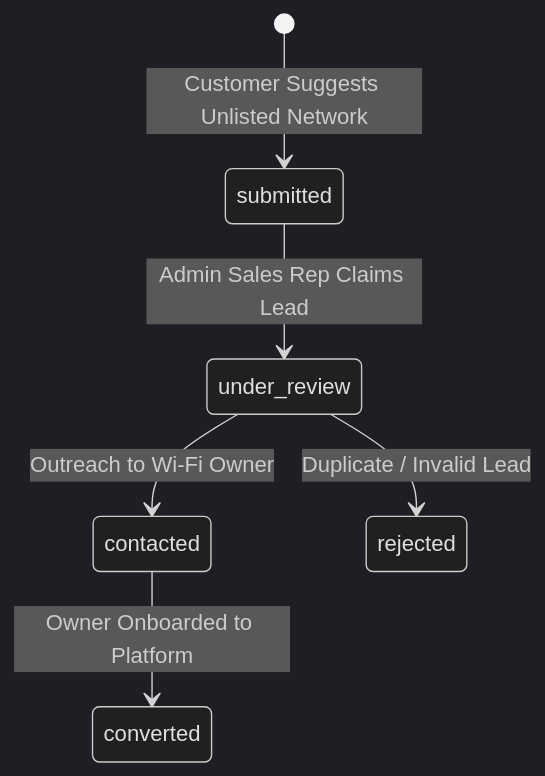
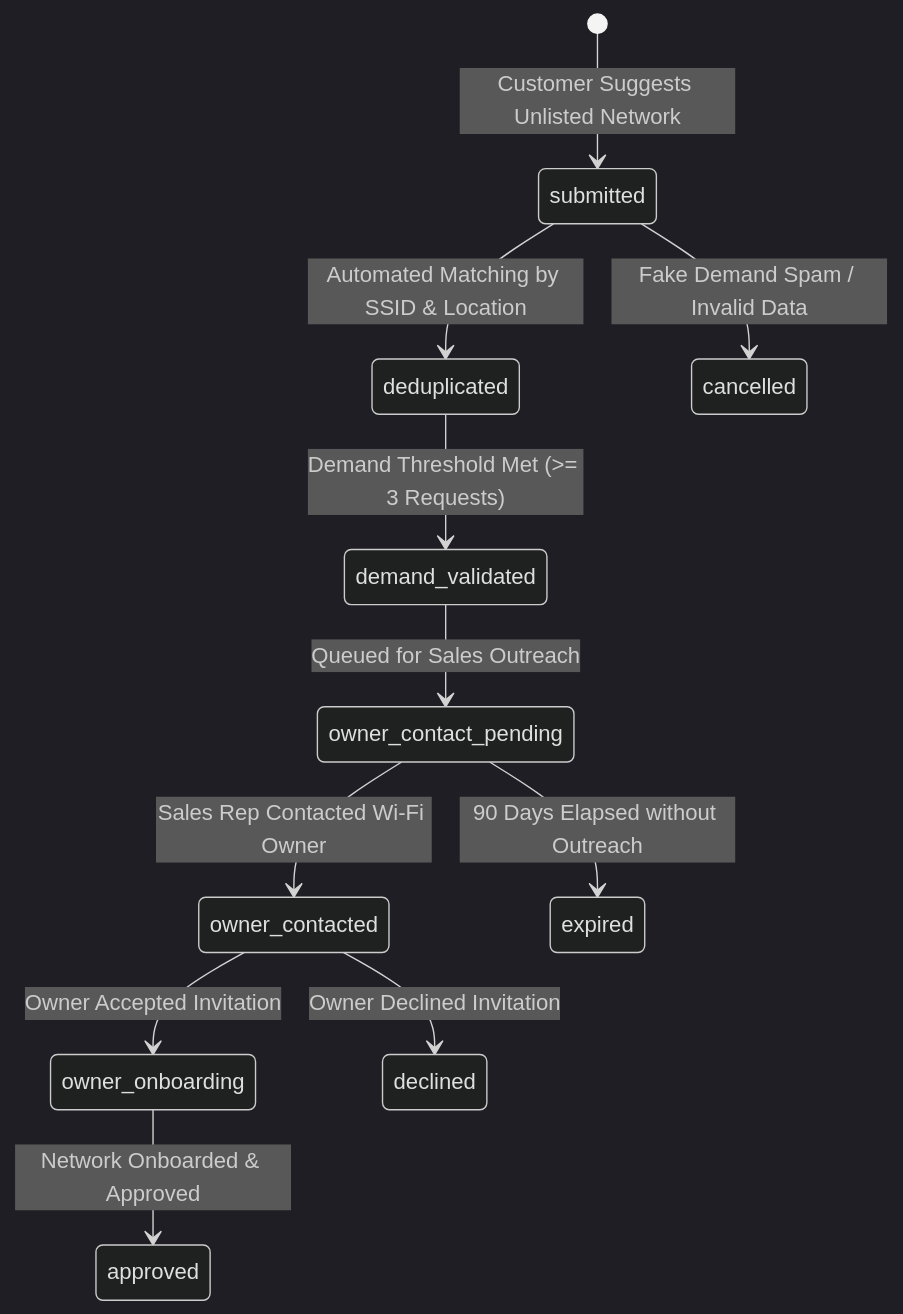
The diagram in docs/NETYEMEN-WORKFLOW-STATE-MACHINES-01.md (msorori-mh/NetYemen), drawn with Mermaid (dark theme) before and after one commit. The commit also changed other lines of this file and 9 other files, not shown here.

````diff
--- a/docs/NETYEMEN-WORKFLOW-STATE-MACHINES-01.md
+++ b/docs/NETYEMEN-WORKFLOW-STATE-MACHINES-01.md
@@ -121,8 +272,13 @@
 ```mermaid
 stateDiagram-v2
     [*] --> submitted : Customer Suggests Unlisted Network
-    submitted --> under_review : Admin Sales Rep Claims Lead
-    under_review --> contacted : Outreach to Wi-Fi Owner
-    contacted --> converted : Owner Onboarded to Platform
-    under_review --> rejected : Duplicate / Invalid Lead
+    submitted --> deduplicated : Automated Matching by SSID & Location
+    deduplicated --> demand_validated : Demand Threshold Met (>= 3 Requests)
+    demand_validated --> owner_contact_pending : Queued for Sales Outreach
+    owner_contact_pending --> owner_contacted : Sales Rep Contacted Wi-Fi Owner
+    owner_contacted --> owner_onboarding : Owner Accepted Invitation
+    owner_onboarding --> approved : Network Onboarded & Approved
+    owner_contacted --> declined : Owner Declined Invitation
+    owner_contact_pending --> expired : 90 Days Elapsed without Outreach
+    submitted --> cancelled : Fake Demand Spam / Invalid Data
 ```
````
